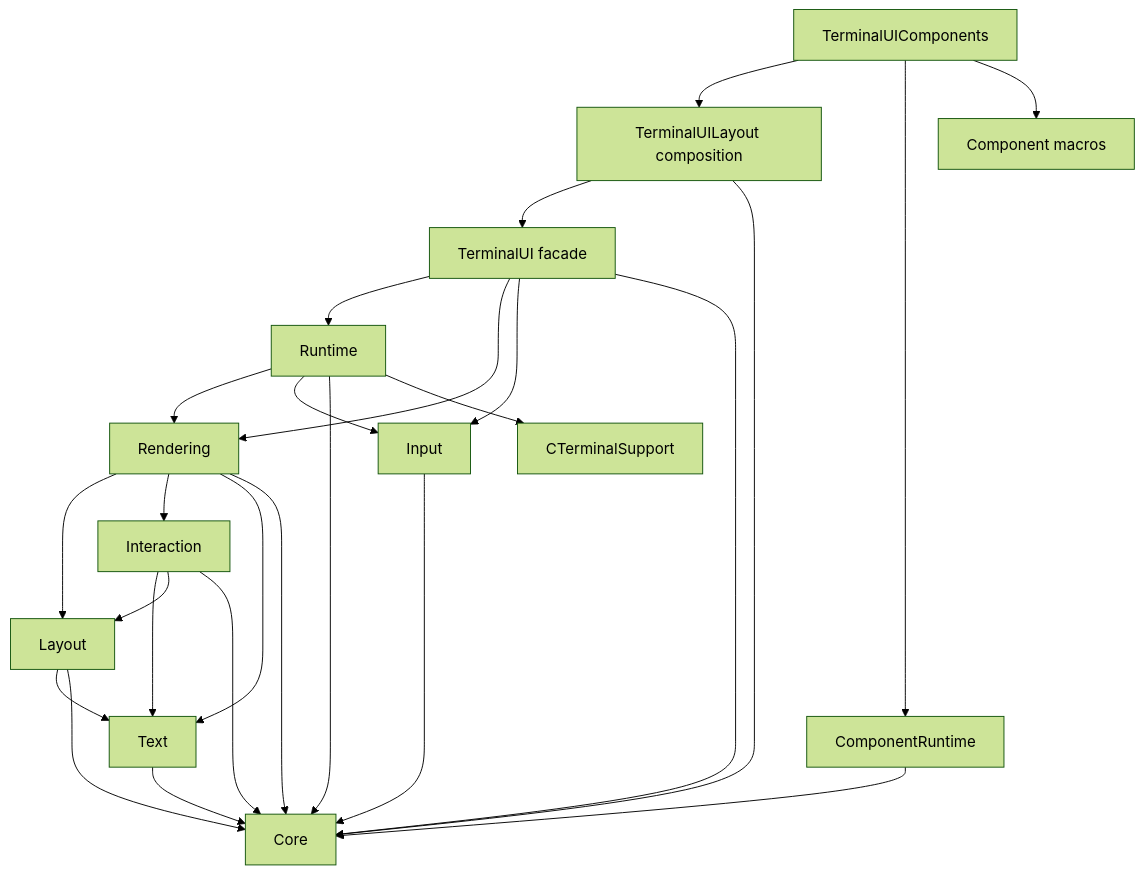
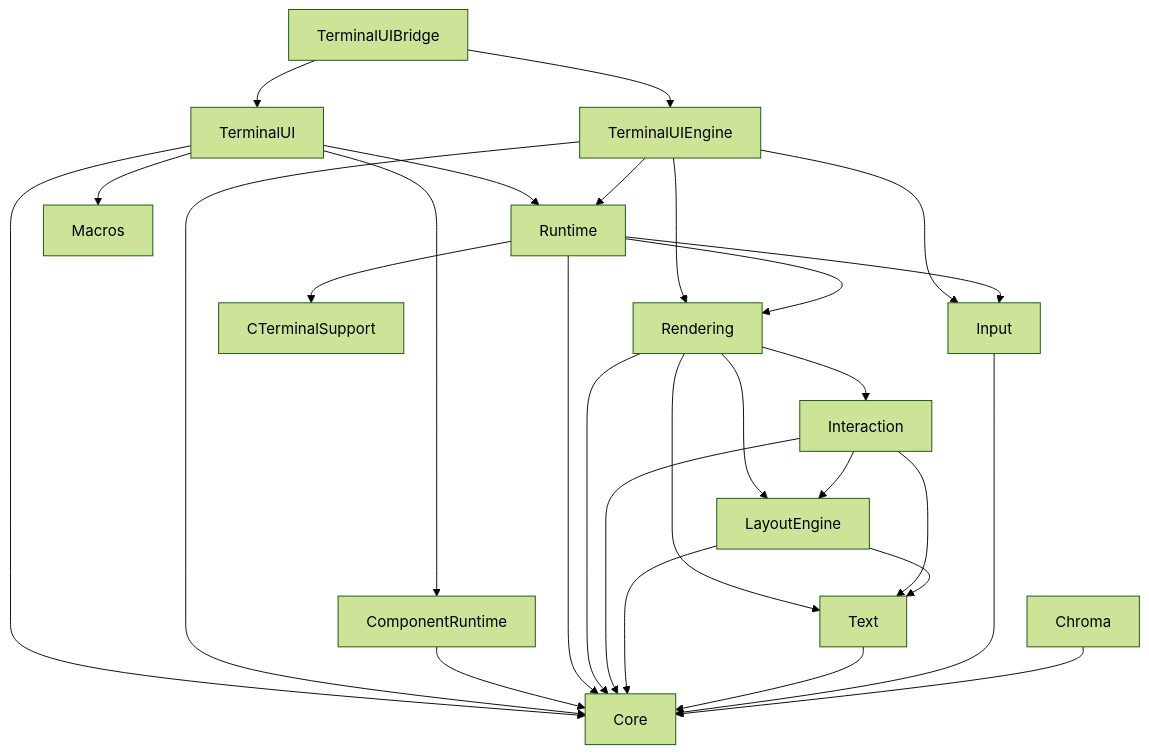
The diagram in Documentation/Architecture.md (nicholascross/TerminalUI), drawn with Mermaid (forest theme) before and after one commit. The commit also changed other lines of this file and 95 other files, not shown here.

````diff
--- a/Documentation/Architecture.md
+++ b/Documentation/Architecture.md
@@ -21,28 +21,30 @@
 ```mermaid
 flowchart TD
-    Components[TerminalUIComponents] --> Composition
-    Components --> ComponentRuntime
-    Components --> Macros[Component macros]
-    ComponentRuntime --> Core
-    Composition[TerminalUILayout composition] --> Facade[TerminalUI facade]
-    Composition --> Core
-    Facade --> Runtime
-    Facade --> Rendering
-    Facade --> Input
-    Facade --> Core
+    Bridge[TerminalUIBridge] --> UI[TerminalUI]
+    Bridge --> Engine[TerminalUIEngine]
+    UI --> Mount[ComponentRuntime]
+    UI --> Runtime
+    UI --> Macros
+    UI --> Core
+    Engine --> Runtime
+    Engine --> Rendering
+    Engine --> Input
+    Engine --> Core
+    Mount --> Core
     Runtime --> Rendering
     Runtime --> Input
     Runtime --> Core
     Runtime --> Native[CTerminalSupport]
-    Rendering --> Layout
+    Rendering --> Layout[LayoutEngine]
     Rendering --> Interaction
     Rendering --> Text
     Rendering --> Core
+    Interaction --> Layout
+    Interaction --> Text
+    Interaction --> Core
     Layout --> Text
     Layout --> Core
-    Interaction --> Text
-    Interaction --> Layout
-    Interaction --> Core
+    Text --> Core
     Input --> Core
-    Text --> Core
+    Chroma --> Core
 ```
````
